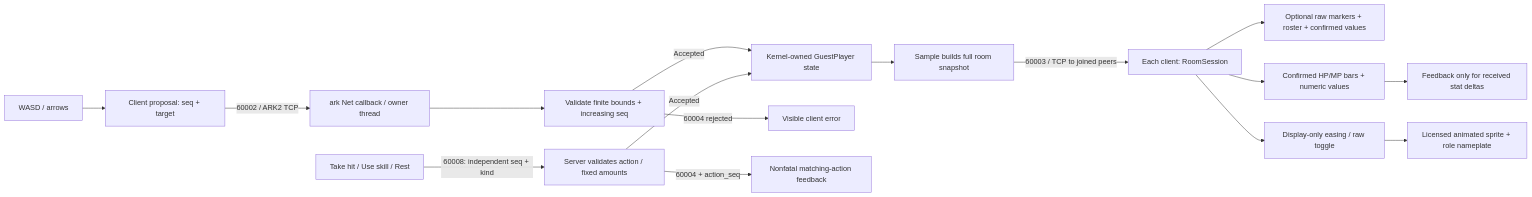
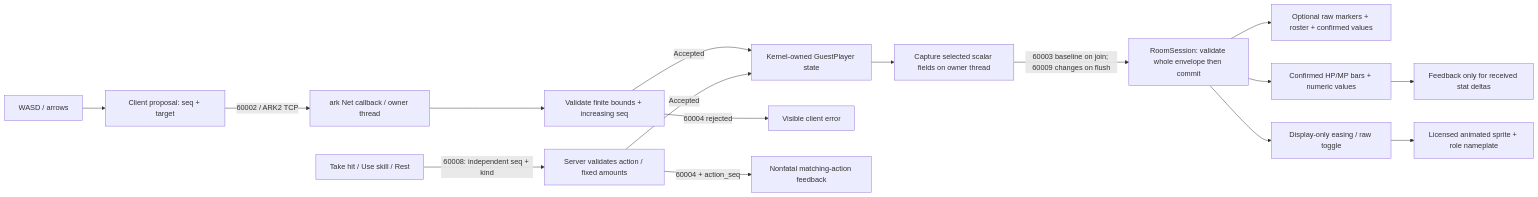
Before and after one commit to OpenArkStudio/ark-client-godot: the diagram in docs/data-sync.md, drawn with Mermaid. The commit also changed other lines of this file and 34 other files, not shown here.

````diff
--- a/docs/data-sync.md
+++ b/docs/data-sync.md
@@ -10,18 +12,18 @@
 ```mermaid
 flowchart LR
     Input[WASD / arrows] --> Proposal[Client proposal: seq + target]
     Proposal -->|60002 / ARK2 TCP| Net[ark Net callback / owner thread]
     Net --> Check[Validate finite bounds + increasing seq]
     Check -->|Accepted| Kernel[Kernel-owned GuestPlayer state]
     Check -->|60004 rejected| Error[Visible client error]
     Action[Take hit / Use skill / Rest] -->|60008: independent seq + kind| ActionCheck[Server validates action / fixed amounts]
     ActionCheck -->|Accepted| Kernel
     ActionCheck -->|60004 + action_seq| Rejection[Nonfatal matching-action feedback]
-    Kernel --> Snapshot[Sample builds full room snapshot]
-    Snapshot -->|60003 / TCP to joined peers| Room[Each client: RoomSession]
+    Kernel --> Snapshot[Capture selected scalar fields on owner thread]
+    Snapshot -->|60003 baseline on join; 60009 changes on flush| Room[RoomSession: validate whole envelope then commit]
     Room --> Raw[Optional raw markers + roster + confirmed values]
     Room --> Stats[Confirmed HP/MP bars + numeric values]
     Stats --> Delta[Feedback only for received stat deltas]
     Room --> Display[Display-only easing / raw toggle]
     Display --> Avatar[Licensed animated sprite + role nameplate]
 ```
````
